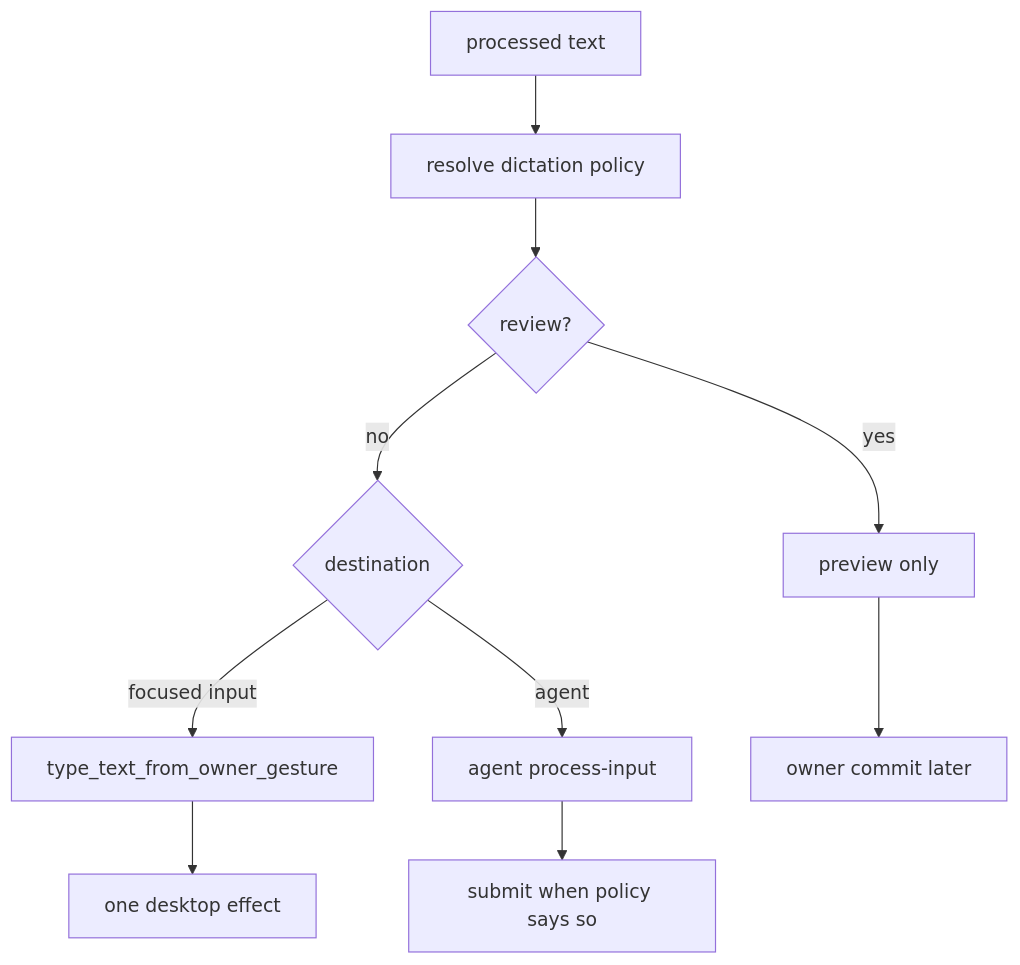
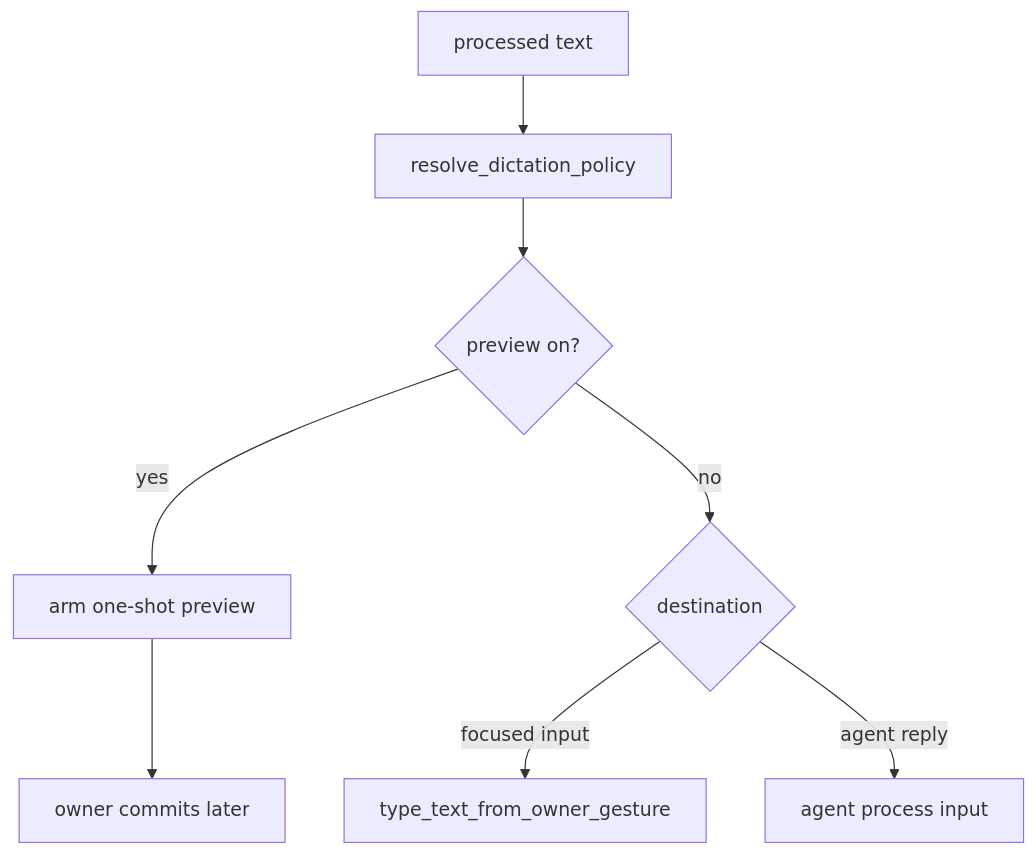
Before and after one commit to karolswdev/HoldSpeak: the second of 2 diagrams in docs/DICTATION_ARCHITECTURE.md, drawn with Mermaid. The commit also changed other lines of this file and 66 other files, not shown here.

````diff
--- a/docs/DICTATION_ARCHITECTURE.md
+++ b/docs/DICTATION_ARCHITECTURE.md
@@ -52,12 +99,10 @@
 ```mermaid
 flowchart TD
-    P[processed text] --> Q[resolve dictation policy]
-    Q --> R{review?}
-    R -->|yes| S[preview only]
+    P[processed text] --> Q[resolve_dictation_policy]
+    Q --> R{preview on?}
+    R -->|yes| S[arm one-shot preview]
     R -->|no| T{destination}
     T -->|focused input| U[type_text_from_owner_gesture]
-    T -->|agent| V[agent process-input]
-    U --> W[one desktop effect]
-    V --> X[submit when policy says so]
-    S --> Y[owner commit later]
+    T -->|agent reply| V[agent process input]
+    S --> W[owner commits later]
 ```
````
